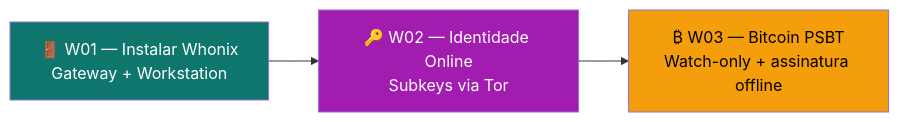
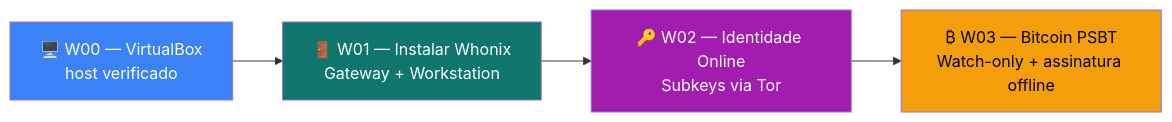
Before and after one commit to VIPs-com/Zero-Trust-Core: the diagram in whonix/playbooks/README.md, drawn with Mermaid. The commit also changed other lines of this file and 12 other files, not shown here.

First line of the commit message:
Add W00 VirtualBox playbook and Whonix host install scripts.

````diff
--- a/whonix/playbooks/README.md
+++ b/whonix/playbooks/README.md
@@ -22,8 +23,10 @@
 ```mermaid
 flowchart LR
-    W1["🚪 W01 — Instalar Whonix<br/>Gateway + Workstation"] --> W2["🔑 W02 — Identidade Online<br/>Subkeys via Tor"]
+    W0["🖥️ W00 — VirtualBox<br/>host verificado"] --> W1["🚪 W01 — Instalar Whonix<br/>Gateway + Workstation"]
+    W1 --> W2["🔑 W02 — Identidade Online<br/>Subkeys via Tor"]
     W2 --> W3["₿ W03 — Bitcoin PSBT<br/>Watch-only + assinatura offline"]
+    style W0 fill:#3b82f6,color:#fff
     style W1 fill:#0f766e,color:#fff
     style W2 fill:#a21caf,color:#fff
     style W3 fill:#f59e0b,color:#000
 ```
````
